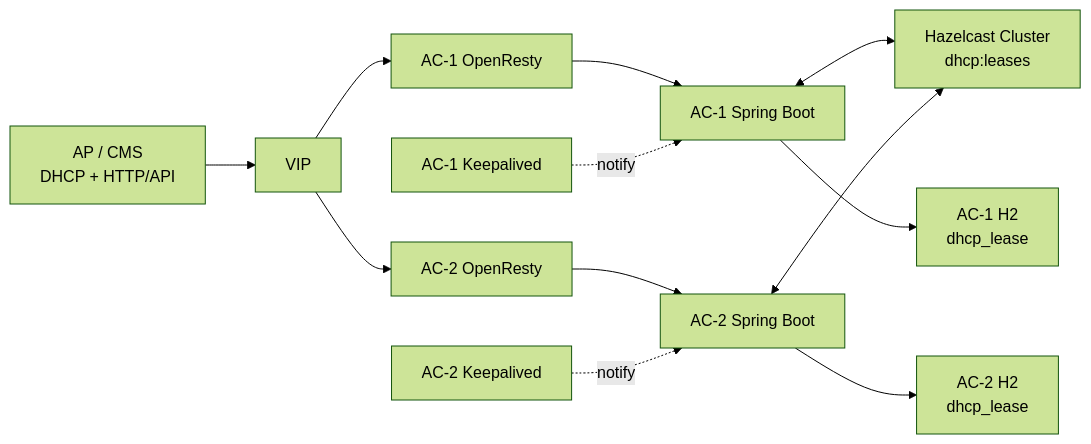
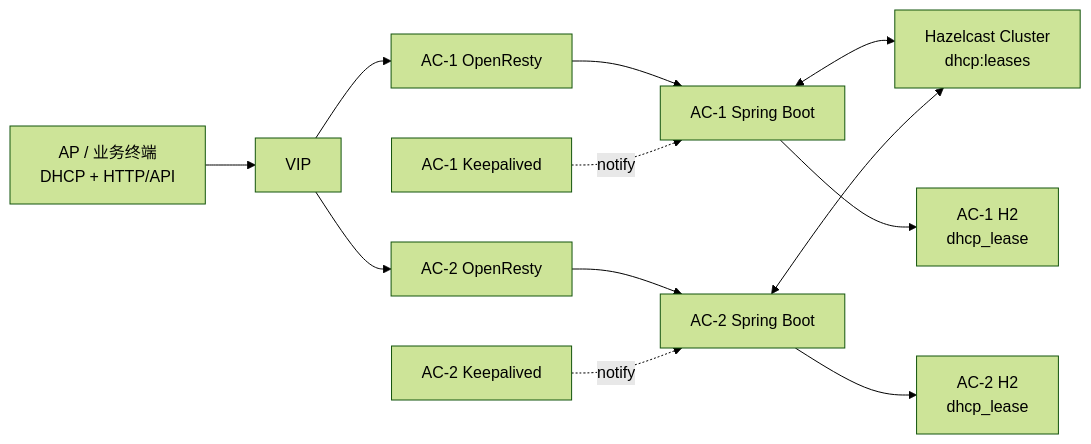
Before and after one commit to VieLune/ha-dhcp: the first of 5 diagrams in doc/archive/2026-05-17/ha_dhcp_research_v1.md, drawn with Mermaid (forest theme). The commit also changed other lines of this file and 6 other files, not shown here.

````diff
--- a/doc/archive/2026-05-17/ha_dhcp_research_v1.md
+++ b/doc/archive/2026-05-17/ha_dhcp_research_v1.md
@@ -94,19 +94,19 @@
 ```mermaid
 flowchart LR
-  DEV["AP / CMS<br/>DHCP + HTTP/API"] --> VIP["VIP"]
+  DEV["AP / 业务终端<br/>DHCP + HTTP/API"] --> VIP["VIP"]
 
   VIP --> OR1["AC-1 OpenResty"]
   VIP --> OR2["AC-2 OpenResty"]
 
   OR1 --> APP1["AC-1 Spring Boot"]
   OR2 --> APP2["AC-2 Spring Boot"]
 
   APP1 <--> HZ["Hazelcast Cluster<br/>dhcp:leases"]
   APP2 <--> HZ
 
   APP1 --> H21["AC-1 H2<br/>dhcp_lease"]
   APP2 --> H22["AC-2 H2<br/>dhcp_lease"]
 
   KA1["AC-1 Keepalived"] -.notify.-> APP1
   KA2["AC-2 Keepalived"] -.notify.-> APP2
 ```
````
